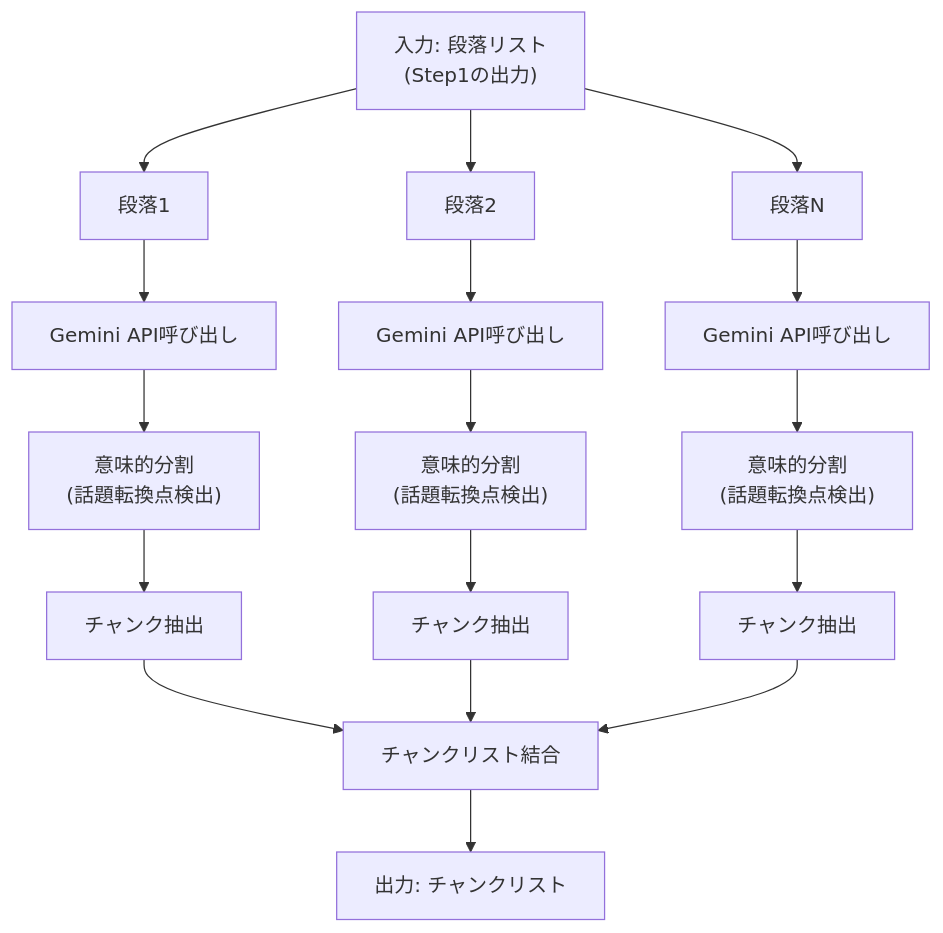
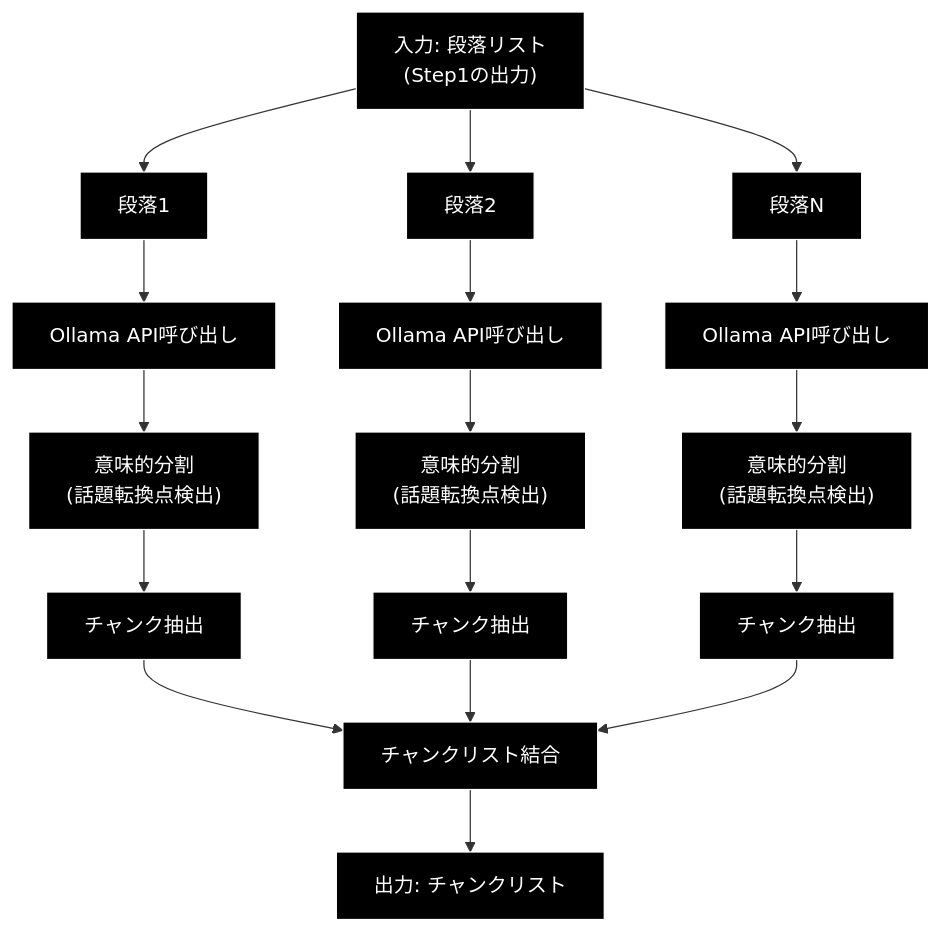
The third of 5 diagrams in chunking/doc/step2.md (nakashima2toshio/ollama_grace_agent_v2), drawn with Mermaid before and after one commit. The commit also changed other lines of this file and 13 other files, not shown here.

First line of the commit message:
chunking: Ollama ネイティブ化（コード/コメント/ドキュメントの Gemini→Ollama 全面置換）

````diff
--- a/chunking/doc/step2.md
+++ b/chunking/doc/step2.md
@@ -146,24 +157,27 @@
 ```mermaid
 flowchart TB
     A["入力: 段落リスト<br/>(Step1の出力)"] --> B["段落1"]
     A --> C["段落2"]
     A --> D["段落N"]
 
-    B --> E["Gemini API呼び出し"]
-    C --> F["Gemini API呼び出し"]
-    D --> G["Gemini API呼び出し"]
+    B --> E["Ollama API呼び出し"]
+    C --> F["Ollama API呼び出し"]
+    D --> G["Ollama API呼び出し"]
 
     E --> H["意味的分割<br/>(話題転換点検出)"]
     F --> I["意味的分割<br/>(話題転換点検出)"]
     G --> J["意味的分割<br/>(話題転換点検出)"]
 
     H --> K["チャンク抽出"]
     I --> L["チャンク抽出"]
     J --> M["チャンク抽出"]
 
     K --> N["チャンクリスト結合"]
     L --> N
     M --> N
 
     N --> O["出力: チャンクリスト"]
+classDef default fill:#000,stroke:#fff,color:#fff
+classDef subgraphStyle fill:#1a1a1a,stroke:#fff,color:#fff
+class A,B,C,D,E,F,G,H,I,J,K,L,M,N,O default
 ```
````
